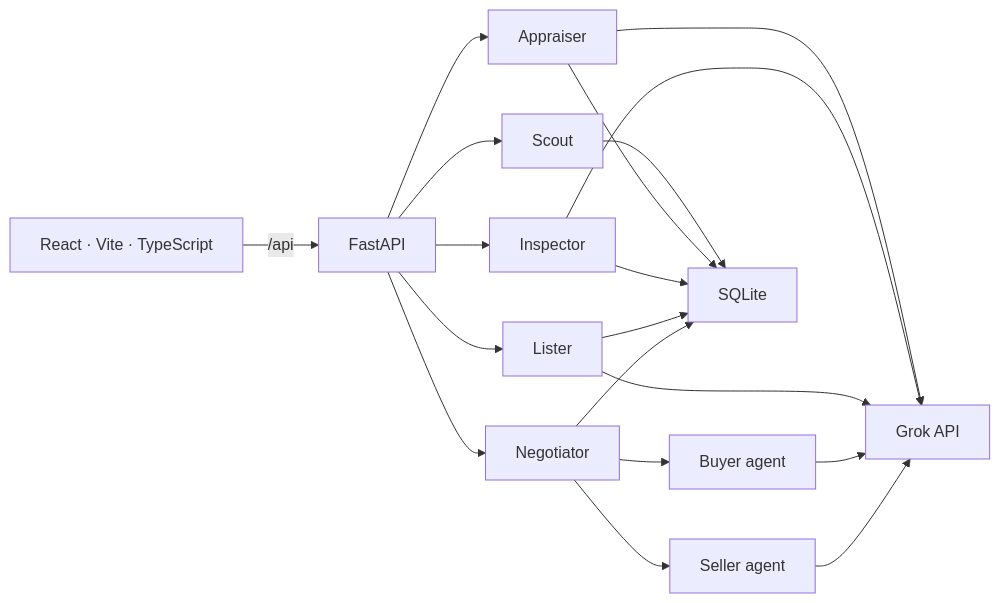
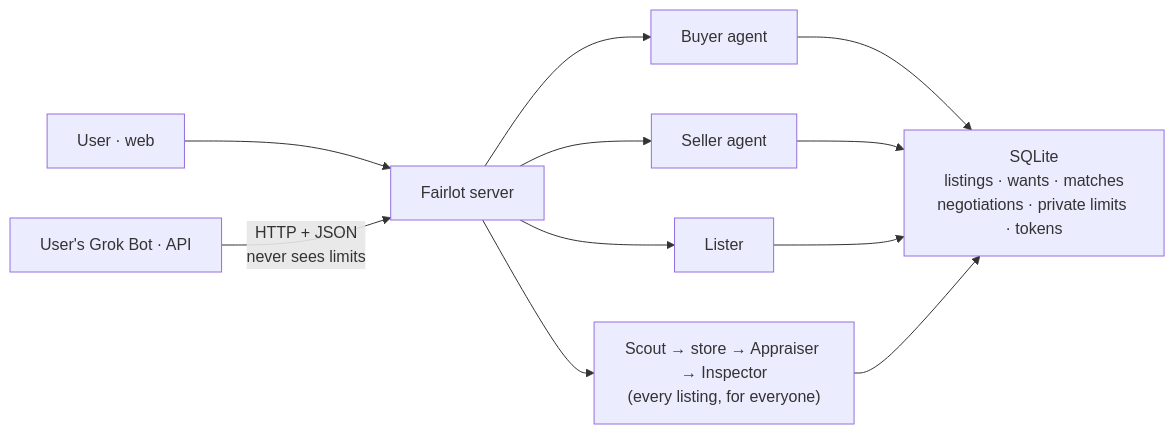
One commit to srivatsav-kannan/grokbot-hackathon changed the diagram in docs/ARCHITECTURE.md. Above: the diagram before and after it, drawn with Mermaid. The commit also changed other lines of this file and 4 other files, not shown here.

First line of the commit message:
Document wants, buyer agents, and the Grok Bot client API.

````diff
--- a/docs/ARCHITECTURE.md
+++ b/docs/ARCHITECTURE.md
@@ -11,33 +24,22 @@
 ```mermaid
 flowchart LR
-  UI["React · Vite · TypeScript"]
-  API["FastAPI"]
-  Scout["Scout"]
-  Appraiser["Appraiser"]
-  Inspector["Inspector"]
-  Lister["Lister"]
-  Neg["Negotiator"]
+  Web["User · web"]
+  Bot["User's Grok Bot · API"]
+  Server["Fairlot server"]
   Buyer["Buyer agent"]
   Seller["Seller agent"]
-  DB["SQLite"]
-  LLM["Grok API"]
+  Lister["Lister"]
+  Global["Scout → store → Appraiser → Inspector\n(every listing, for everyone)"]
+  Data["SQLite\nlistings · wants · matches\nnegotiations · private limits · tokens"]
 
-  UI -->|"/api"| API
-  API --> Scout
-  API --> Appraiser
-  API --> Inspector
-  API --> Lister
-  API --> Neg
-  Neg --> Buyer
-  Neg --> Seller
-  Scout --> DB
-  Appraiser --> DB
-  Inspector --> DB
-  Lister --> DB
-  Neg --> DB
-  Appraiser --> LLM
-  Inspector --> LLM
-  Lister --> LLM
-  Buyer --> LLM
-  Seller --> LLM
+  Web --> Server
+  Bot -->|"HTTP + JSON\nnever sees limits"| Server
+  Server --> Buyer
+  Server --> Seller
+  Server --> Lister
+  Server --> Global
+  Buyer --> Data
+  Seller --> Data
+  Lister --> Data
+  Global --> Data
 ```
````
